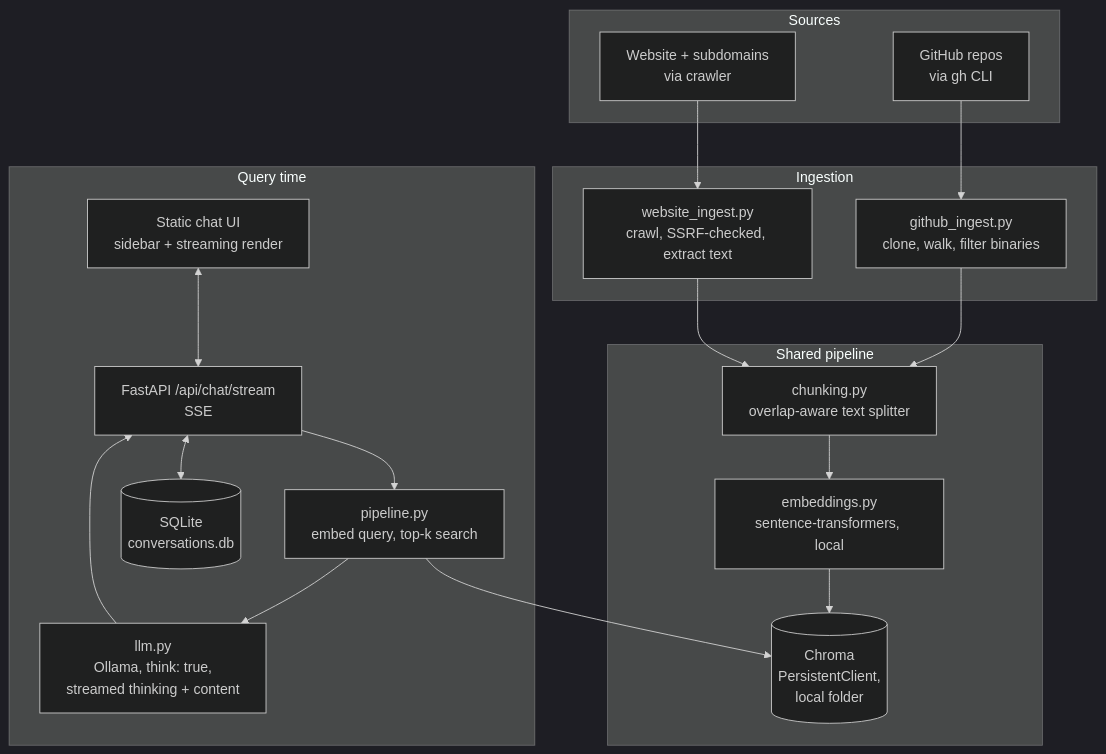
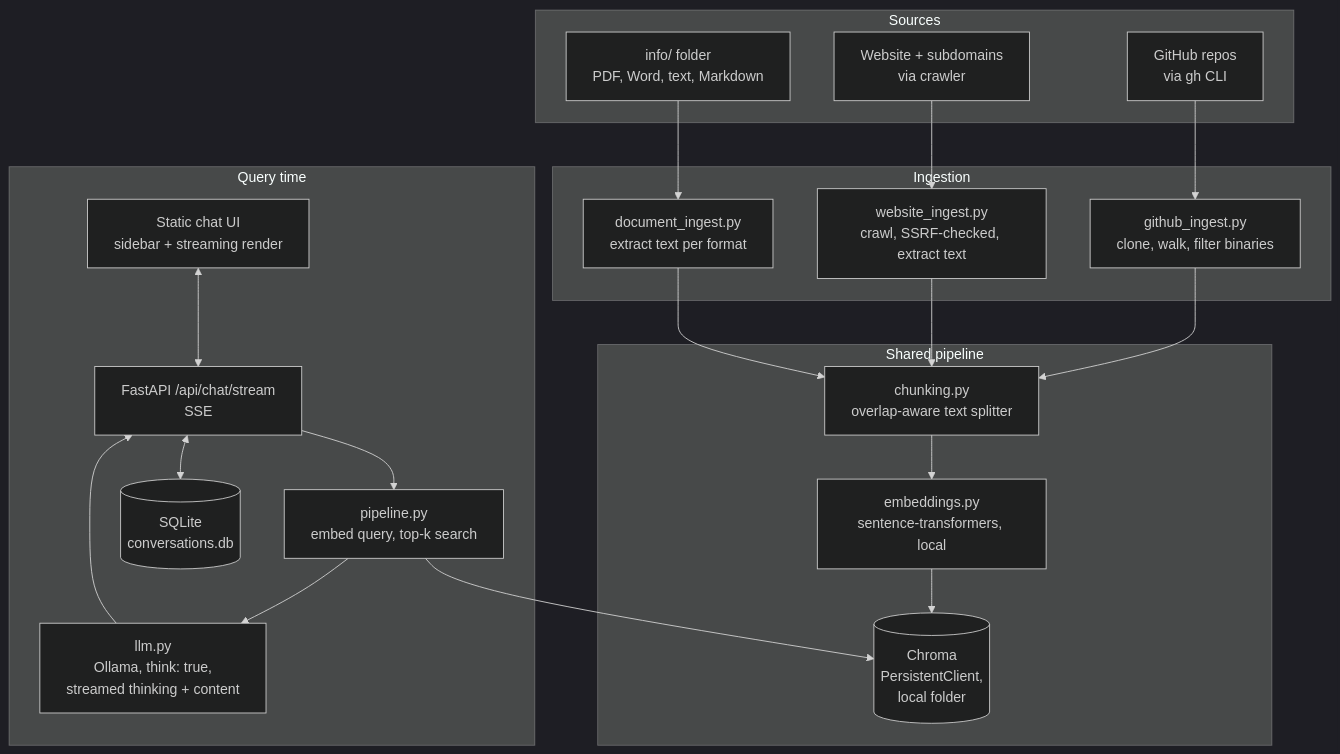
The diagram in ARCHITECTURE.md (sultanmaliki/personal-rag), drawn with Mermaid (dark theme) before and after one commit. The commit also changed other lines of this file and 11 other files, not shown here.

First line of the commit message:
Add a third ingestion source: local PDF/Word/text/Markdown documents

````diff
--- a/ARCHITECTURE.md
+++ b/ARCHITECTURE.md
@@ -9,33 +9,36 @@
 ```mermaid
 flowchart TD
     subgraph Sources
         GH[GitHub repos<br/>via gh CLI]
         WEB[Website + subdomains<br/>via crawler]
+        DOC[info/ folder<br/>PDF, Word, text, Markdown]
     end
 
     subgraph Ingestion
         GHI[github_ingest.py<br/>clone, walk, filter binaries]
         WEBI[website_ingest.py<br/>crawl, SSRF-checked, extract text]
+        DOCI[document_ingest.py<br/>extract text per format]
     end
 
     subgraph "Shared pipeline"
         CHUNK[chunking.py<br/>overlap-aware text splitter]
         EMBED[embeddings.py<br/>sentence-transformers, local]
         STORE[(Chroma<br/>PersistentClient,<br/>local folder)]
     end
 
     subgraph "Query time"
         API[FastAPI /api/chat/stream<br/>SSE]
         RETR[pipeline.py<br/>embed query, top-k search]
         LLM[llm.py<br/>Ollama, think: true,<br/>streamed thinking + content]
         HIST[(SQLite<br/>conversations.db)]
         UI[Static chat UI<br/>sidebar + streaming render]
     end
 
     GH --> GHI --> CHUNK
     WEB --> WEBI --> CHUNK
+    DOC --> DOCI --> CHUNK
     CHUNK --> EMBED --> STORE
     UI <--> API --> RETR --> STORE
     RETR --> LLM --> API
     API <--> HIST
 ```
````
